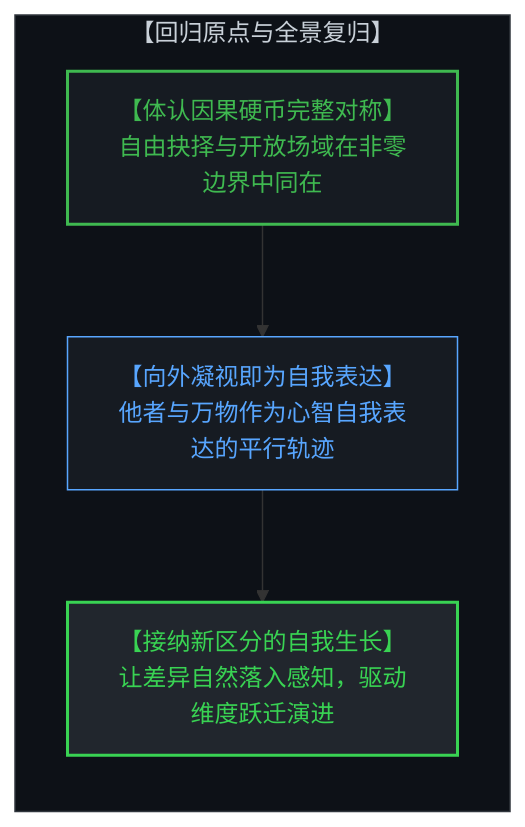
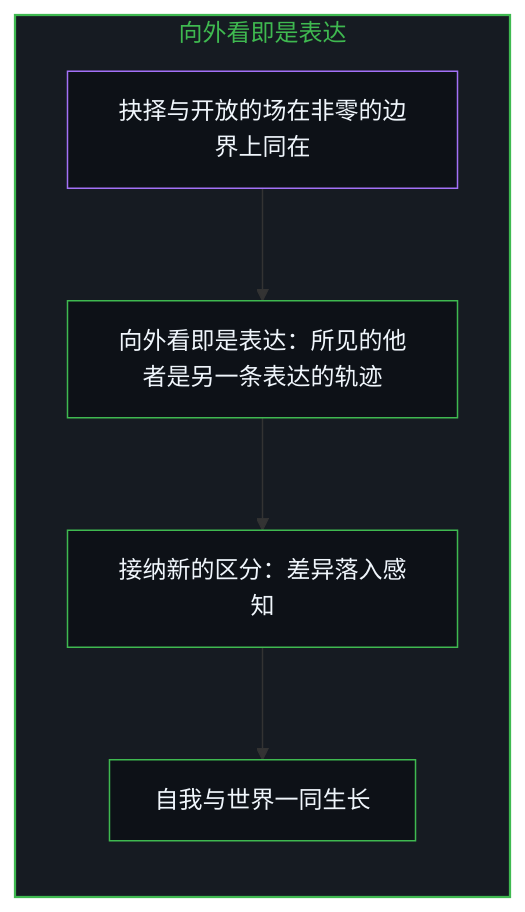
One commit to powerpig99/not-a-toe changed diagram 17 of 18 in content/posts/the-geometry-of-coexistence-and-the-dual-cut.md. Above: the diagram before and after it, drawn with Mermaid. The commit also changed other lines of this file and 2 other files, not shown here.

Commit message:
Refine the-geometry-of-coexistence-and-the-dual-cut: alternating bilingual layout, nine paired diagrams, institutions given their use, the observed and the inferred other, implicit first person

````diff
--- a/content/posts/the-geometry-of-coexistence-and-the-dual-cut.md
+++ b/content/posts/the-geometry-of-coexistence-and-the-dual-cut.md
@@ -321,15 +461,19 @@
 ```mermaid
-graph TD
-    subgraph GenerativeTension["【回归原点与全景复归】"]
+flowchart TD
+    subgraph S_Outward["向外看即是表达"]
         direction TB
-        RecognizeCoPresence["【体认因果硬币完整对称】<br>自由抉择与开放场域在非零边界中同在"]
-        OutwardSelfExpression["【向外凝视即为自我表达】<br>他者与万物作为心智自我表达的平行轨迹"]
-        ContinuousDistinction["【接纳新区分的自我生长】<br>让差异自然落入感知，驱动维度跃迁演进"]
-        RecognizeCoPresence --> OutwardSelfExpression
-        OutwardSelfExpression --> ContinuousDistinction
+        Sym["抉择与开放的场在非零的边界上同在"]
+        Out["向外看即是表达：所见的他者是另一条表达的轨迹"]
+        New["接纳新的区分：差异落入感知"]
+        Both["自我与世界一同生长"]
+        Sym --> Out
+        Out --> New
+        New --> Both
     end
-    style GenerativeTension fill:#0d1117,stroke:#30363d,stroke-width:1px,color:#c9d1d9
-    style RecognizeCoPresence fill:#161b22,stroke:#3fb950,stroke-width:2px,color:#3fb950
-    style OutwardSelfExpression fill:#161b22,stroke:#58a6ff,stroke-width:1px,color:#58a6ff
-    style ContinuousDistinction fill:#21262d,stroke:#39d353,stroke-width:2px,color:#39d353
+
+    style S_Outward fill:#161b22,stroke:#3fb950,stroke-width:1.5px,color:#3fb950
+    style Sym fill:#0d1117,stroke:#a371f7,stroke-width:1px,color:#f0f6fc
+    style Out fill:#0d1117,stroke:#3fb950,stroke-width:1px,color:#f0f6fc
+    style New fill:#0d1117,stroke:#3fb950,stroke-width:1px,color:#f0f6fc
+    style Both fill:#0d1117,stroke:#3fb950,stroke-width:1px,color:#f0f6fc
 ```
````
